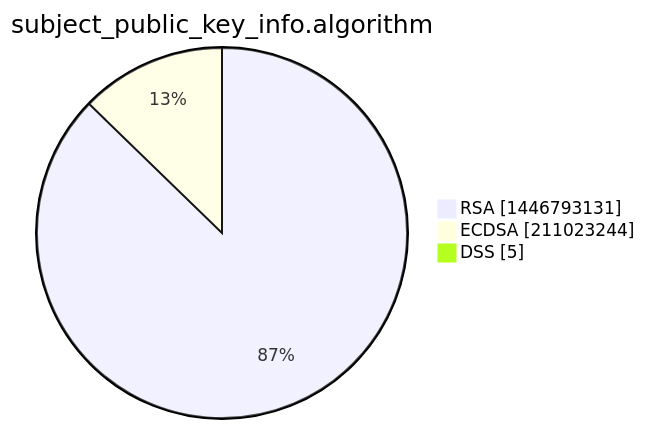
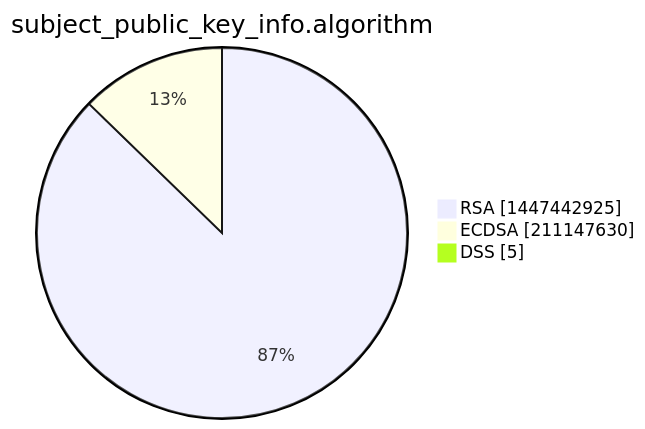
Before and after one commit to christiankrug/ctmonitor_visualization: the third of 15 diagrams in xenon2022/README.md, drawn with Mermaid. The commit also changed other lines of this file, not shown here.

````diff
--- a/xenon2022/README.md
+++ b/xenon2022/README.md
@@ -14,7 +14,7 @@
 ```mermaid
 pie showData
 title subject_public_key_info.algorithm
-"RSA" :1446793131
-"ECDSA" :211023244
+"RSA" :1447442925
+"ECDSA" :211147630
 "DSS" :5
 ```
````
